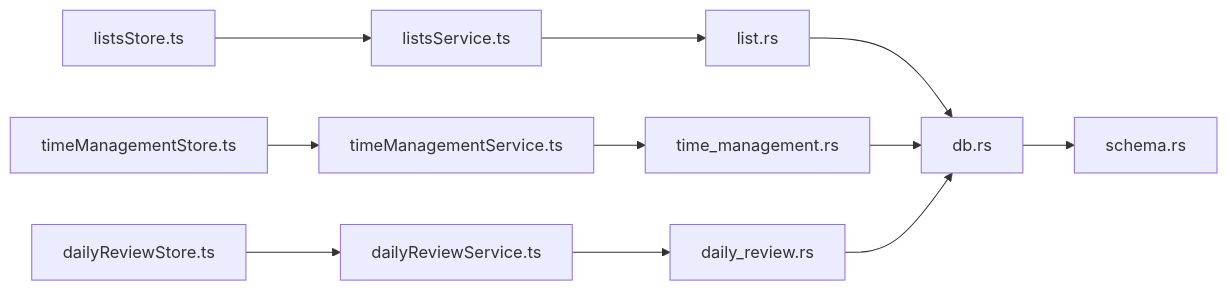
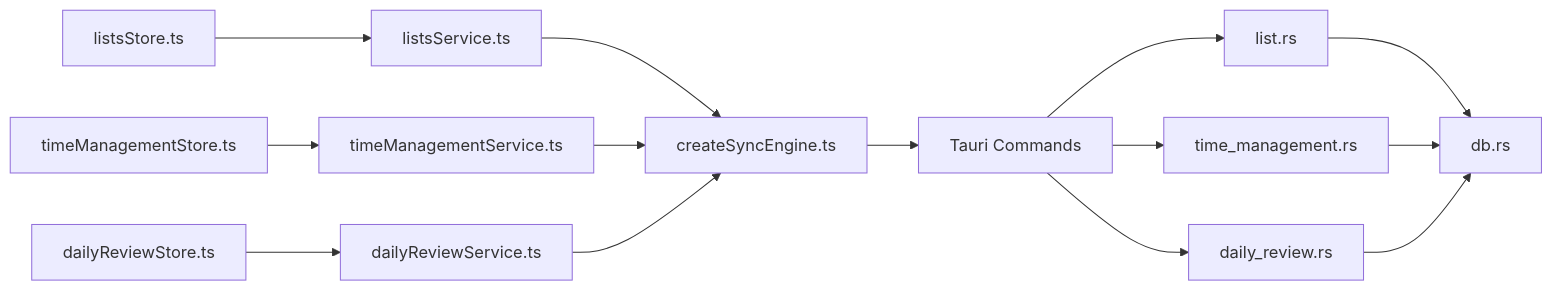
One commit to gzdxhujiale/FishWorker changed the sixth of 6 diagrams in .qoder/repowiki/zh/content/架构设计/数据流设计.md. Above: the diagram before and after it, drawn with Mermaid. The commit also changed other lines of this file and 238 other files, not shown here.

````diff
--- a/.qoder/repowiki/zh/content/架构设计/数据流设计.md
+++ b/.qoder/repowiki/zh/content/架构设计/数据流设计.md
@@ -328,13 +343,16 @@
 ```mermaid
 graph LR
-ListsStore["listsStore.ts"] --> ListsSvc["listsService.ts"]
-TMStore["timeManagementStore.ts"] --> TMSvc["timeManagementService.ts"]
-DRStore["dailyReviewStore.ts"] --> DRSvc["dailyReviewService.ts"]
-ListsSvc --> ListRs["list.rs"]
-TMSvc --> TMrs["time_management.rs"]
-DRSvc --> Drrs["daily_review.rs"]
-ListRs --> Db["db.rs"]
-TMrs --> Db
-Drrs --> Db
-Db --> Schema["schema.rs"]
+ListsStore["listsStore.ts"] --> ListsService["listsService.ts"]
+TimeStore["timeManagementStore.ts"] --> TimeService["timeManagementService.ts"]
+DailyStore["dailyReviewStore.ts"] --> DailyService["dailyReviewService.ts"]
+ListsService --> Sync["createSyncEngine.ts"]
+TimeService --> Sync
+DailyService --> Sync
+Sync --> TauriCmd["Tauri Commands"]
+TauriCmd --> ListRs["list.rs"]
+TauriCmd --> TimeRs["time_management.rs"]
+TauriCmd --> DailyRs["daily_review.rs"]
+ListRs --> DbRs["db.rs"]
+TimeRs --> DbRs
+DailyRs --> DbRs
 ```
````
